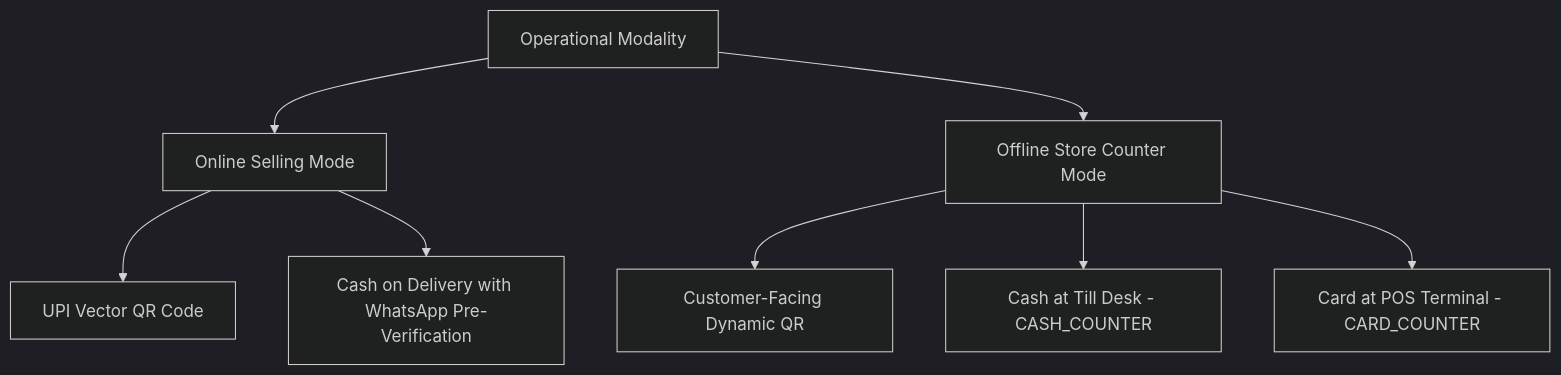
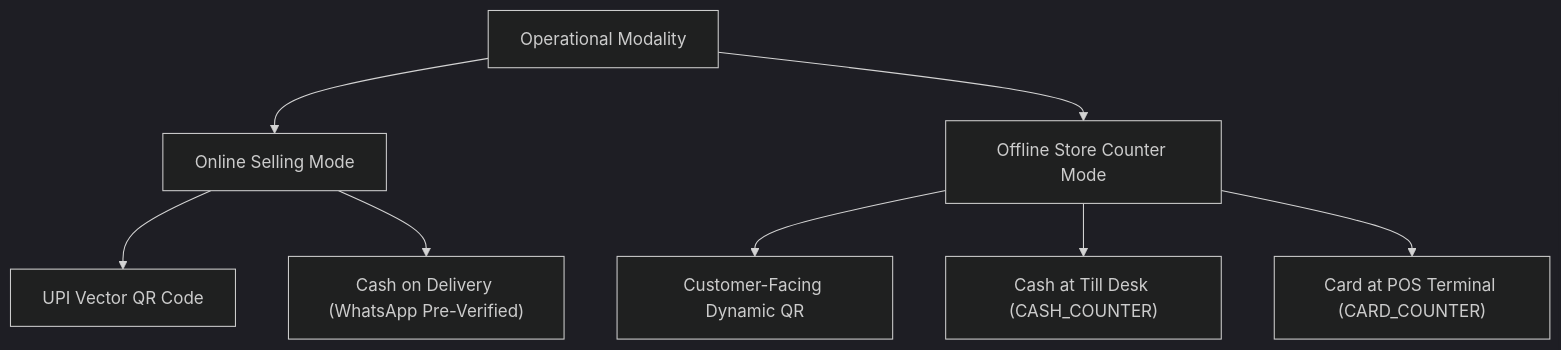
One commit to ASHOKJAAT12/YouPI-PG changed the third of 3 diagrams in ARCHITECTURE.md. Above: the diagram before and after it, drawn with Mermaid (dark theme). The commit also changed other lines of this file and 4 other files, not shown here.

First line of the commit message:
feat(engine): enforce Node.js >=24.22.1 LTS security baseline and modernize system architecture diagrams

````diff
--- a/ARCHITECTURE.md
+++ b/ARCHITECTURE.md
@@ -237,13 +278,13 @@
 ```mermaid
-graph TD
-    GatewayMode[Operational Modality]
-    
-    GatewayMode --> OnlineMode[Online Selling Mode]
-    OnlineMode --> OnlineUPI[UPI Vector QR Code]
-    OnlineMode --> OnlineCOD[Cash on Delivery with WhatsApp Pre-Verification]
-    
-    GatewayMode --> OfflineMode[Offline Store Counter Mode]
-    OfflineMode --> OfflineUPI[Customer-Facing Dynamic QR]
-    OfflineMode --> OfflineCash[Cash at Till Desk - CASH_COUNTER]
-    OfflineMode --> OfflineCard[Card at POS Terminal - CARD_COUNTER]
+flowchart TD
+    GatewayMode["Operational Modality"]
+
+    GatewayMode --> OnlineMode["Online Selling Mode"]
+    OnlineMode --> OnlineUPI["UPI Vector QR Code"]
+    OnlineMode --> OnlineCOD["Cash on Delivery (WhatsApp Pre-Verified)"]
+
+    GatewayMode --> OfflineMode["Offline Store Counter Mode"]
+    OfflineMode --> OfflineUPI["Customer-Facing Dynamic QR"]
+    OfflineMode --> OfflineCash["Cash at Till Desk (CASH_COUNTER)"]
+    OfflineMode --> OfflineCard["Card at POS Terminal (CARD_COUNTER)"]
 ```
````
